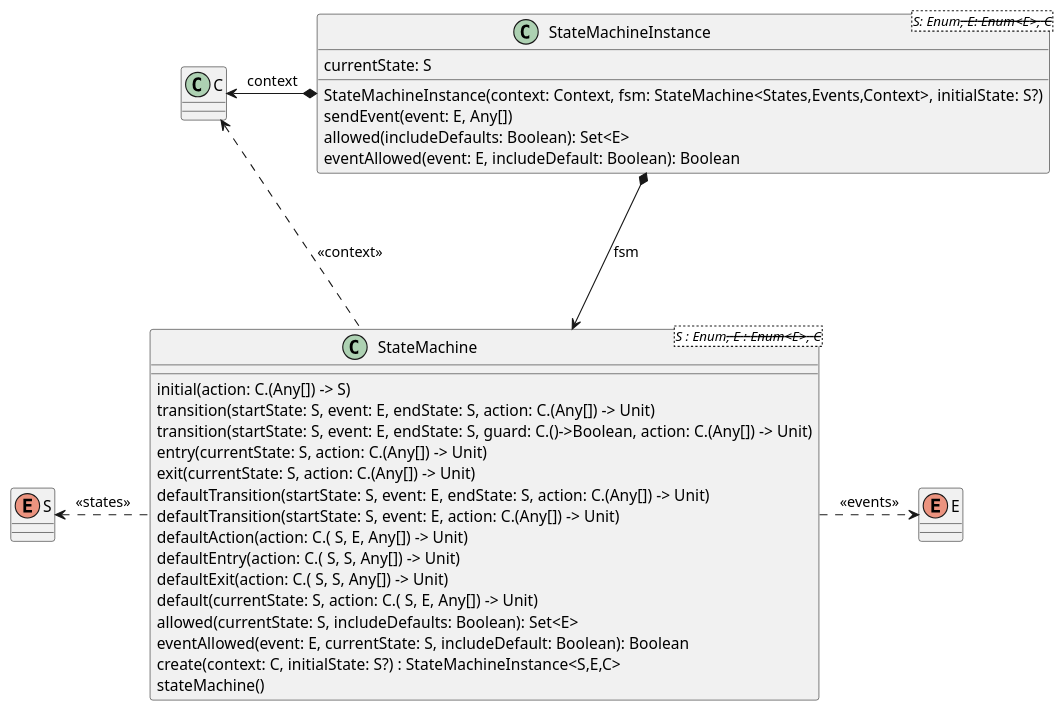
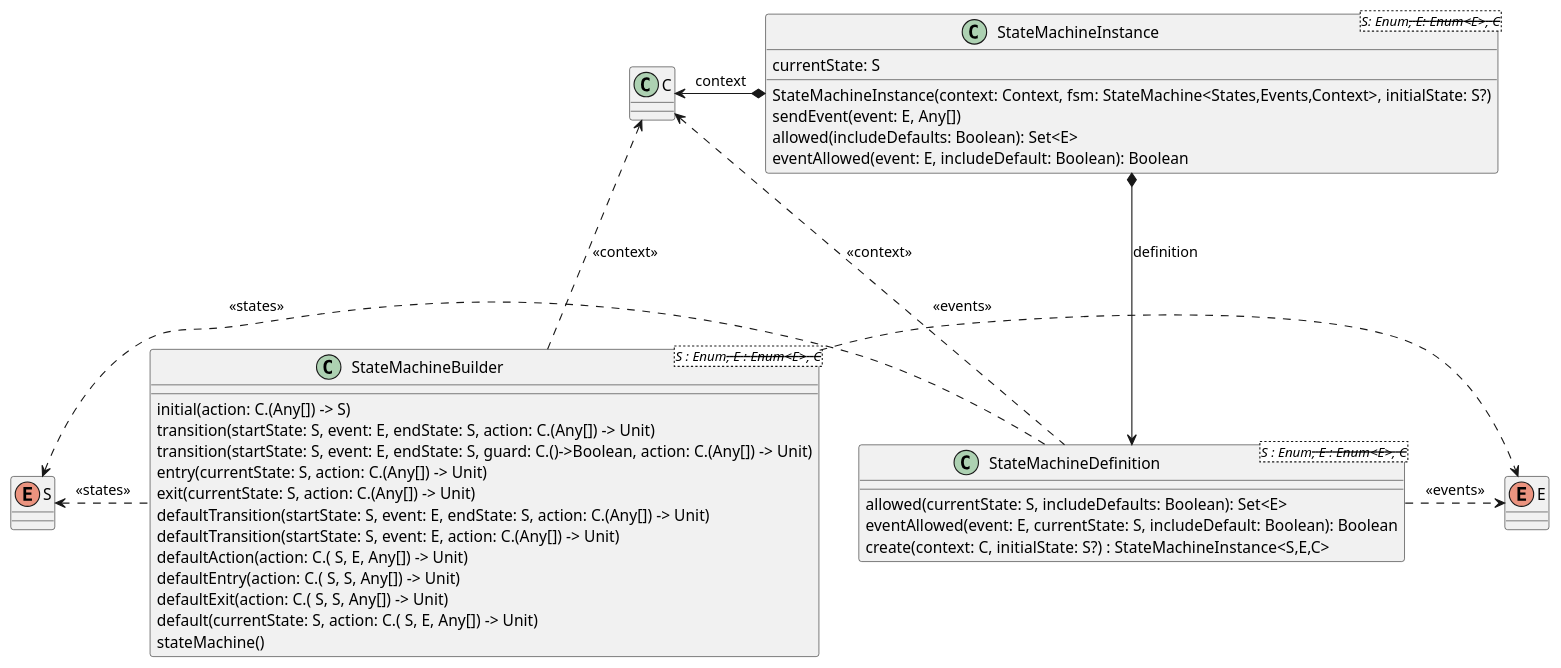
Before and after one commit to open-jumpco/kfsm: the diagram in src/doc/plantuml/statemachine-model.plantuml, drawn with PlantUML. The commit also changed 21 other files, not shown here.

Commit message:
renamed StateMachine to StateMachineBuilder. split StateMachineDefinition to hold only immutable definitions.

```diff
--- a/src/doc/plantuml/statemachine-model.plantuml
+++ b/src/doc/plantuml/statemachine-model.plantuml
@@ -1,43 +1,50 @@
 @startuml
 
 class C {
 }
 enum S {
 }
 enum E {
 }
 
-class StateMachine<S : Enum<S>, E : Enum<E>, C> {
+class StateMachineBuilder<S : Enum<S>, E : Enum<E>, C> {
     initial(action: C.(Any[]) -> S)
     transition(startState: S, event: E, endState: S, action: C.(Any[]) -> Unit)
     transition(startState: S, event: E, endState: S, guard: C.()->Boolean, action: C.(Any[]) -> Unit)
     entry(currentState: S, action: C.(Any[]) -> Unit)
     exit(currentState: S, action: C.(Any[]) -> Unit)
     defaultTransition(startState: S, event: E, endState: S, action: C.(Any[]) -> Unit)
     defaultTransition(startState: S, event: E, action: C.(Any[]) -> Unit)
     defaultAction(action: C.( S, E, Any[]) -> Unit)
     defaultEntry(action: C.( S, S, Any[]) -> Unit)
     defaultExit(action: C.( S, S, Any[]) -> Unit)
     default(currentState: S, action: C.( S, E, Any[]) -> Unit)
+    stateMachine()
+}
+
+class StateMachineDefinition<S : Enum<S>, E : Enum<E>, C> {
     allowed(currentState: S, includeDefaults: Boolean): Set<E>
     eventAllowed(event: E, currentState: S, includeDefault: Boolean): Boolean
     create(context: C, initialState: S?) : StateMachineInstance<S,E,C>
-    stateMachine()
 }
 
 class StateMachineInstance<S: Enum<S>, E: Enum<E>, C> {
     StateMachineInstance(context: Context, fsm: StateMachine<States,Events,Context>, initialState: S?)
     currentState: S
     sendEvent(event: E, Any[])
     allowed(includeDefaults: Boolean): Set<E>
     eventAllowed(event: E, includeDefault: Boolean): Boolean
 }
 
-StateMachine .left.> S : <<states>>
-StateMachine .right.> E : <<events>>
-StateMachine .up.> C : <<context>>
+StateMachineBuilder .left.> S : <<states>>
+StateMachineBuilder .right.> E : <<events>>
+StateMachineBuilder .up.> C : <<context>>
 
-StateMachineInstance *---> StateMachine : fsm
+StateMachineDefinition .left.> S : <<states>>
+StateMachineDefinition .right.> E : <<events>>
+StateMachineDefinition .up.> C : <<context>>
+
+StateMachineInstance *---> StateMachineDefinition : definition
 StateMachineInstance *-left-> C : context
 
 @enduml
```
